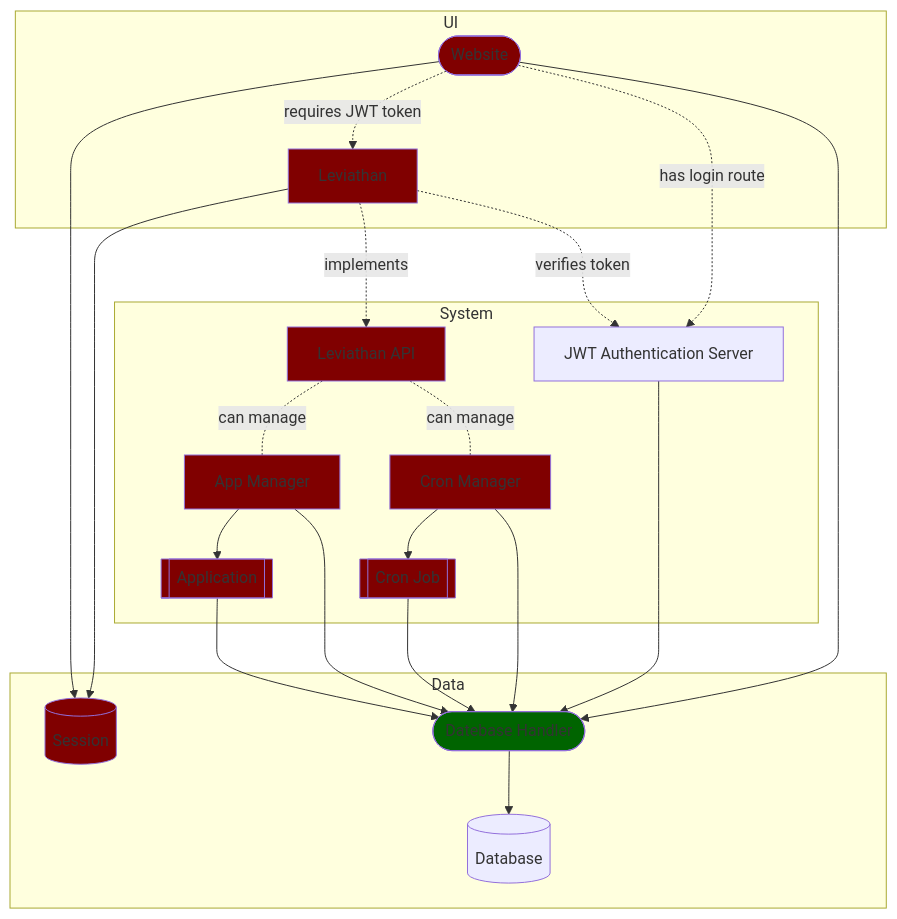
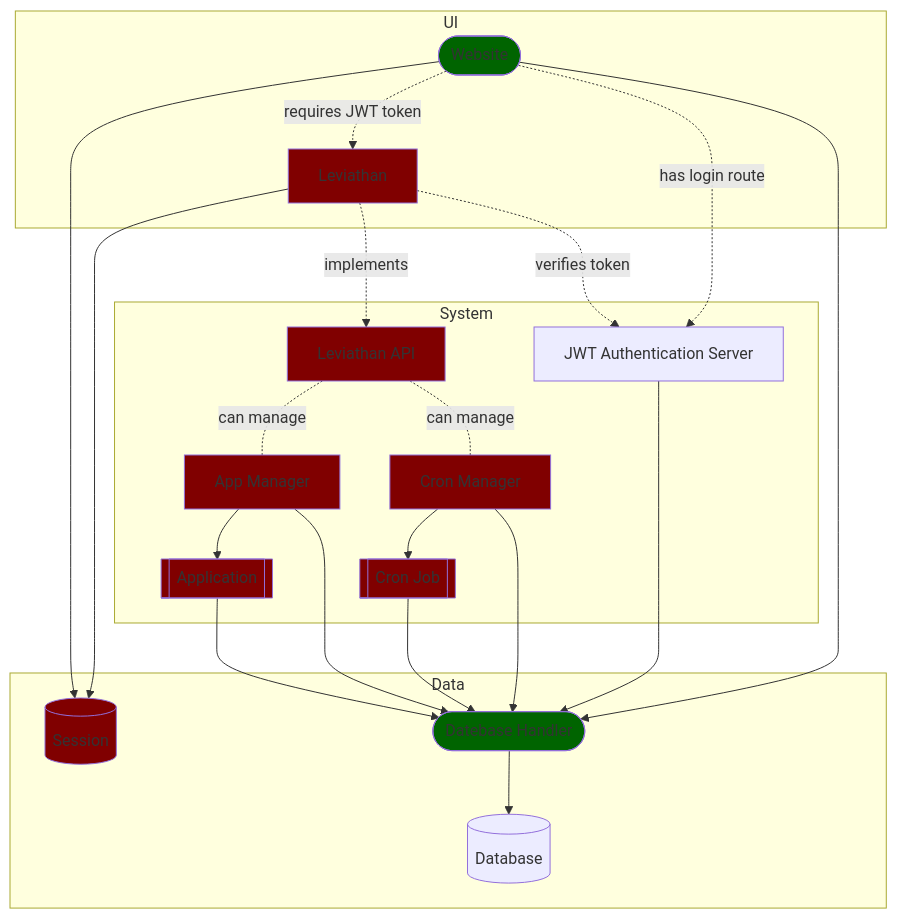
One commit to olivernybo/leviathan changed the diagram in diagrams/domain.mmd. Above: the diagram before and after it, drawn with Mermaid. The commit also changed 1 other file, not shown here.

```diff
--- a/diagrams/domain.mmd
+++ b/diagrams/domain.mmd
@@ -1,41 +1,41 @@
 graph TD
 	classDef TODO fill:#800000;
 	classDef IN_PROGRESS fill:#006400;
 
 	subgraph data [Data]
 	db[(Database)]
 	session[(Session)]:::TODO
 	dbh([Datebase Handler]):::IN_PROGRESS
 	end
 
 	subgraph ui [UI]
-	web([Website]):::TODO
+	web([Website]):::IN_PROGRESS
 	leviathan[Leviathan]:::TODO
 	end
 
 	subgraph system [System]
 	jwt[JWT Authentication Server]
 	api[Leviathan API]:::TODO
 	cronmanager[Cron Manager]:::TODO
 	cronjob[[Cron Job]]:::TODO
 	appmanager[App Manager]:::TODO
 	app[[Application]]:::TODO
 	end
 
 	web-->dbh
 	web-.->|requires JWT token|leviathan
 	web-.->|has login route|jwt
 	leviathan-.->|verifies token|jwt
 	leviathan-.->|implements|api
 	jwt-->dbh
 	api-.-|can manage|cronmanager
 	api-.-|can manage|appmanager
 	cronmanager-->dbh
 	cronmanager-->cronjob
 	cronjob-->dbh
 	appmanager-->dbh
 	appmanager-->app
 	app-->dbh
 	leviathan-->session
 	web-->session
 	dbh-->db
```
